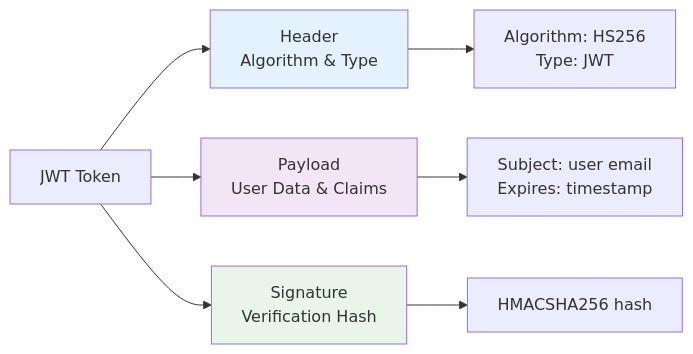
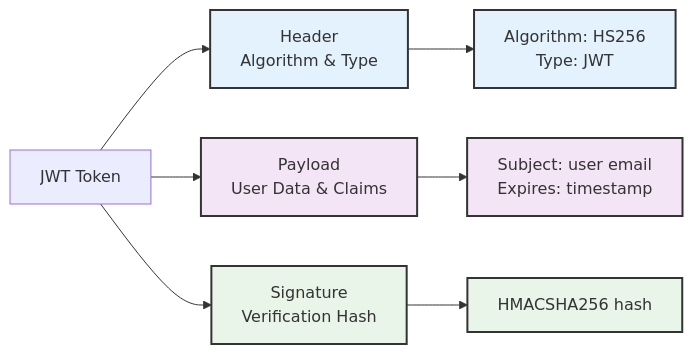
One commit to sudhan-m/munshi changed the third of 9 diagrams in src/auth_service/README.md. Above: the diagram before and after it, drawn with Mermaid. The commit also changed other lines of this file and 3 other files, not shown here.

First line of the commit message:
Update documentation with proper Mermaid diagrams and current architecture

````diff
--- a/src/auth_service/README.md
+++ b/src/auth_service/README.md
@@ -176,14 +186,18 @@
 ```mermaid
 graph LR
     JWT["JWT Token"] --> HEADER["Header<br/>Algorithm & Type"]
     JWT --> PAYLOAD["Payload<br/>User Data & Claims"]
     JWT --> SIGNATURE["Signature<br/>Verification Hash"]
     
     HEADER --> H_DATA["Algorithm: HS256<br/>Type: JWT"]
     PAYLOAD --> P_DATA["Subject: user email<br/>Expires: timestamp"]
     SIGNATURE --> S_DATA["HMACSHA256 hash"]
     
-    style HEADER fill:#e3f2fd
-    style PAYLOAD fill:#f3e5f5
-    style SIGNATURE fill:#e8f5e8
+    classDef header fill:#e3f2fd,stroke:#333,stroke-width:2px
+    classDef payload fill:#f3e5f5,stroke:#333,stroke-width:2px
+    classDef signature fill:#e8f5e8,stroke:#333,stroke-width:2px
+    
+    class HEADER,H_DATA header
+    class PAYLOAD,P_DATA payload
+    class SIGNATURE,S_DATA signature
 ```
````
